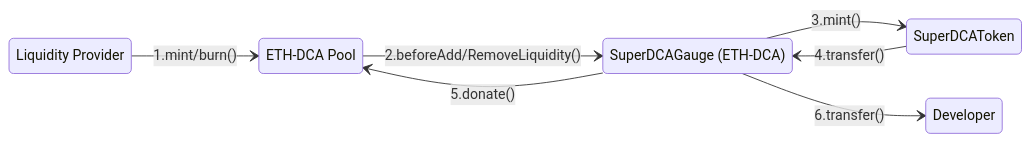
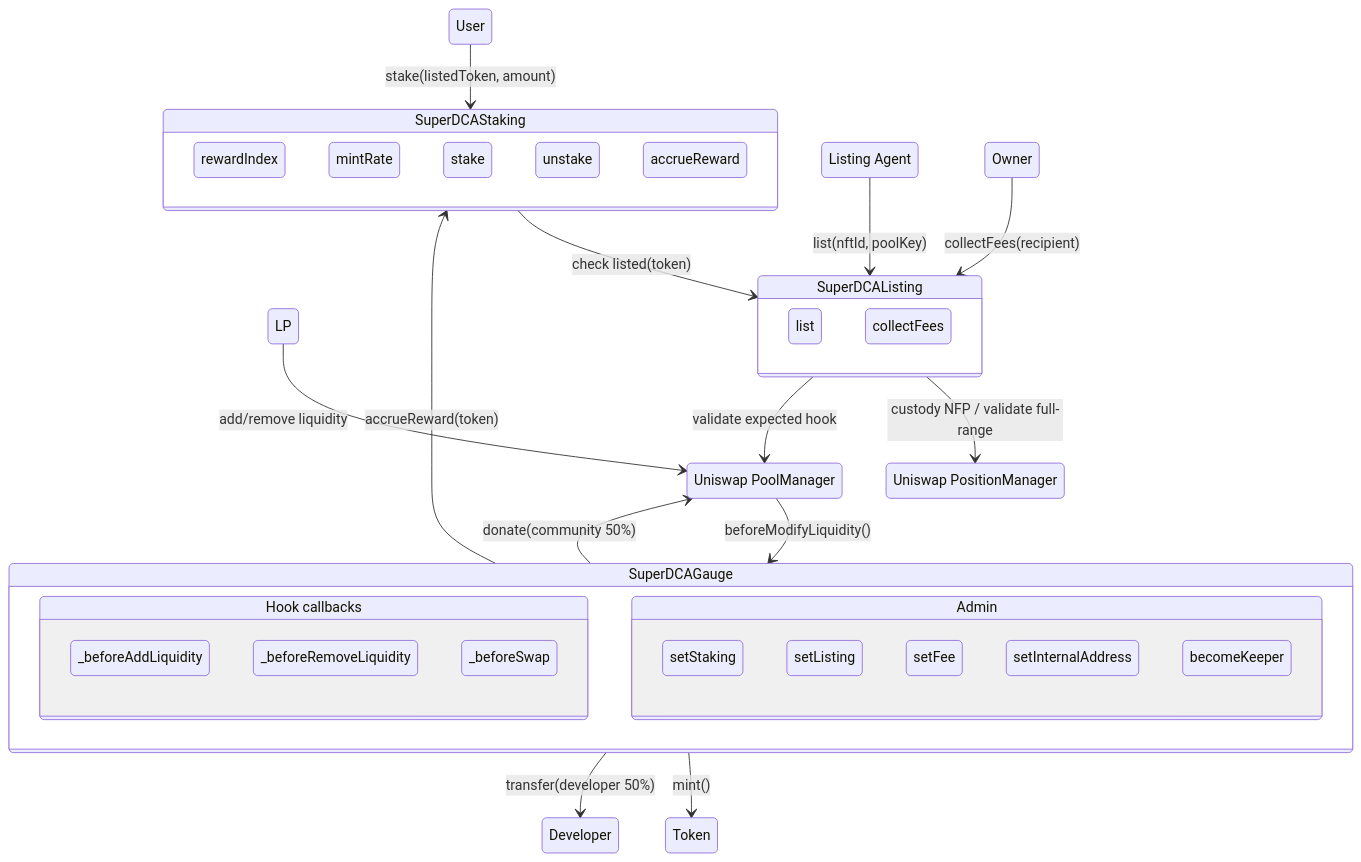
The first of 2 diagrams in README.md (Super-DCA-Tech/super-dca-gauge), drawn with Mermaid before and after one commit. The commit also changed other lines of this file and 1 other file, not shown here.

````diff
--- a/README.md
+++ b/README.md
@@ -33,19 +56,51 @@
 ```mermaid
 stateDiagram-v2
-    direction LR
+    direction TB
 
-    state "Liquidity Provider" as LP_ETH
-    state "ETH‑DCA Pool" as Pool_ETH
-    state "SuperDCAGauge (ETH‑DCA)" as Hook_ETH
-    state "SuperDCAToken" as Token
-    state "Developer" as Developer
-    
+    User --> Staking: stake(listedToken, amount)
+    LP --> PoolManager: add/remove liquidity
+    state "Listing Agent" as ListingAgent
 
-    %% ETH‑DCA Pool Flow
-    LP_ETH --> Pool_ETH: 1.mint/burn()
-    Pool_ETH --> Hook_ETH: 2.beforeAdd/RemoveLiquidity()
-    Hook_ETH --> Token: 3.mint()
-    Token --> Hook_ETH: 4.transfer()
-    Hook_ETH --> Pool_ETH: 5.donate()
-    Hook_ETH --> Developer: 6.transfer()
+    state "SuperDCAGauge" as Gauge {
+        state "Hook callbacks" as HC {
+            _beforeAddLiquidity
+            _beforeRemoveLiquidity
+            _beforeSwap
+        }
+        state "Admin" as GA {
+            setStaking
+            setListing
+            setFee
+            setInternalAddress
+            becomeKeeper
+        }
+    }
+
+    state "SuperDCAStaking" as Staking {
+        rewardIndex
+        mintRate
+        stake
+        unstake
+        accrueReward
+    }
+
+    state "SuperDCAListing" as Listing {
+        list
+        collectFees
+    }
+
+    state "Uniswap PositionManager" as PositionManager
+    state "Uniswap PoolManager" as PoolManager
+
+    Staking --> Listing: check listed(token)
+    ListingAgent --> Listing: list(nftId, poolKey)
+    Listing --> PositionManager: custody NFP / validate full-range
+    Listing --> PoolManager: validate expected hook
+    Owner --> Listing: collectFees(recipient)
+
+    PoolManager --> Gauge: beforeModifyLiquidity()
+    Gauge --> Staking: accrueReward(token)
+    Gauge --> Token: mint()
+    Gauge --> PoolManager: donate(community 50%)
+    Gauge --> Developer: transfer(developer 50%)
 ```
````
